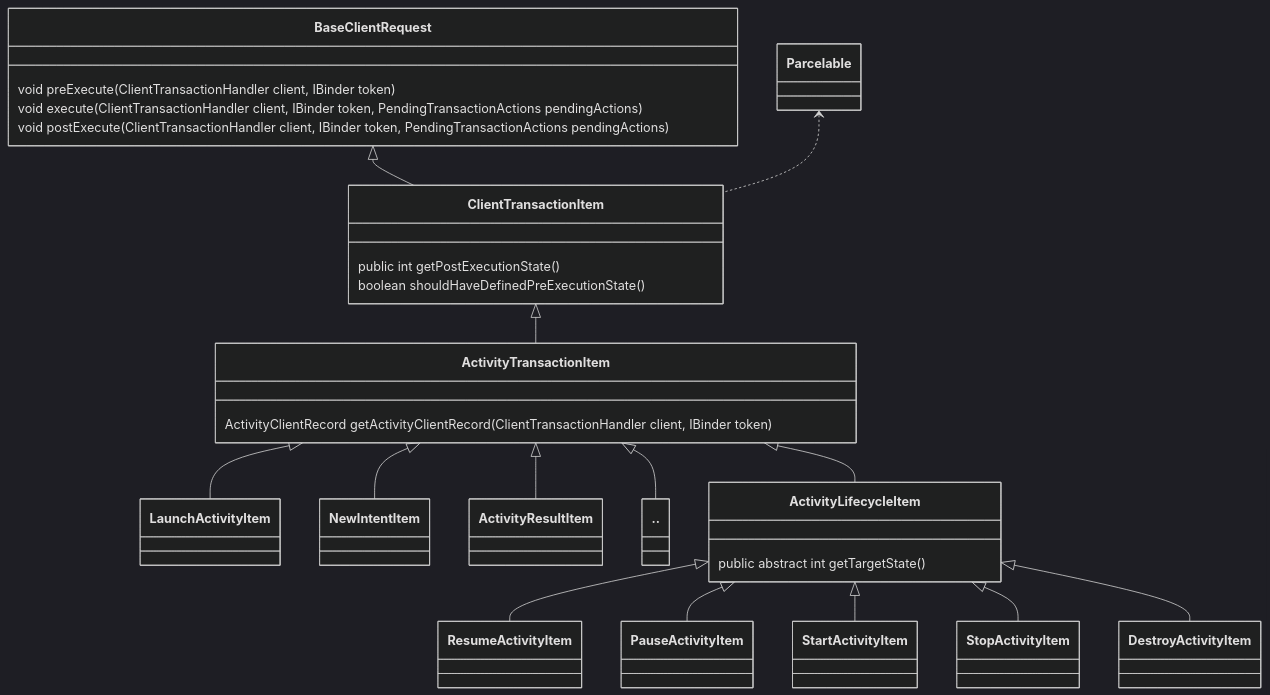
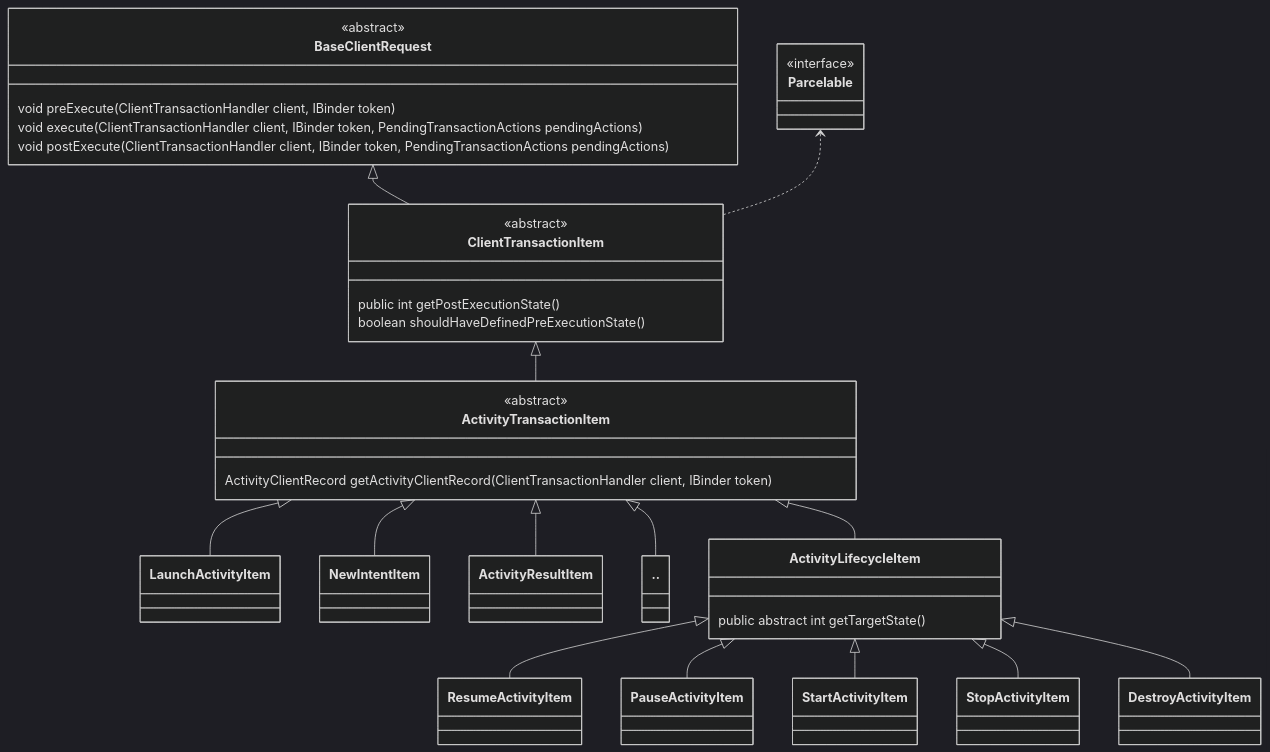
Before and after one commit to sangmingming/newblog: the first of 3 diagrams in content/posts/tech/2024-08-13-android-clienttransaction-analysis.md, drawn with Mermaid (dark theme). The commit also changed other lines of this file and 1 other file, not shown here.

Commit message:
update diagram

````diff
--- a/content/posts/tech/2024-08-13-android-clienttransaction-analysis.md
+++ b/content/posts/tech/2024-08-13-android-clienttransaction-analysis.md
@@ -24,28 +24,32 @@
 ```mermaid
 classDiagram
 class Parcelable
+<<interface>> Parcelable
 class BaseClientRequest
+<<abstract>> BaseClientRequest
 class ClientTransactionItem
+<<abstract>> ClientTransactionItem
 BaseClientRequest <|-- ClientTransactionItem
 Parcelable <.. ClientTransactionItem
 BaseClientRequest: void preExecute(ClientTransactionHandler client, IBinder token)
 BaseClientRequest: void execute(ClientTransactionHandler client, IBinder token, PendingTransactionActions pendingActions)
 BaseClientRequest: void postExecute(ClientTransactionHandler client, IBinder token, PendingTransactionActions pendingActions)
 ClientTransactionItem: public int getPostExecutionState()
 ClientTransactionItem: boolean shouldHaveDefinedPreExecutionState()
 class ActivityTransactionItem
+<<abstract>> ActivityTransactionItem
 ClientTransactionItem <|-- ActivityTransactionItem
 ActivityTransactionItem: ActivityClientRecord getActivityClientRecord(ClientTransactionHandler client, IBinder token)
 ActivityTransactionItem <|-- LaunchActivityItem
 ActivityTransactionItem <|-- NewIntentItem
 ActivityTransactionItem <|-- ActivityResultItem
 ActivityTransactionItem <|-- `..`
 class ActivityLifecycleItem
 ActivityTransactionItem <|-- ActivityLifecycleItem
 ActivityLifecycleItem: public abstract int getTargetState()
 ActivityLifecycleItem <|-- ResumeActivityItem
 ActivityLifecycleItem <|-- PauseActivityItem
 ActivityLifecycleItem <|-- StartActivityItem
 ActivityLifecycleItem <|-- StopActivityItem
 ActivityLifecycleItem <|-- DestroyActivityItem
 ```
````
